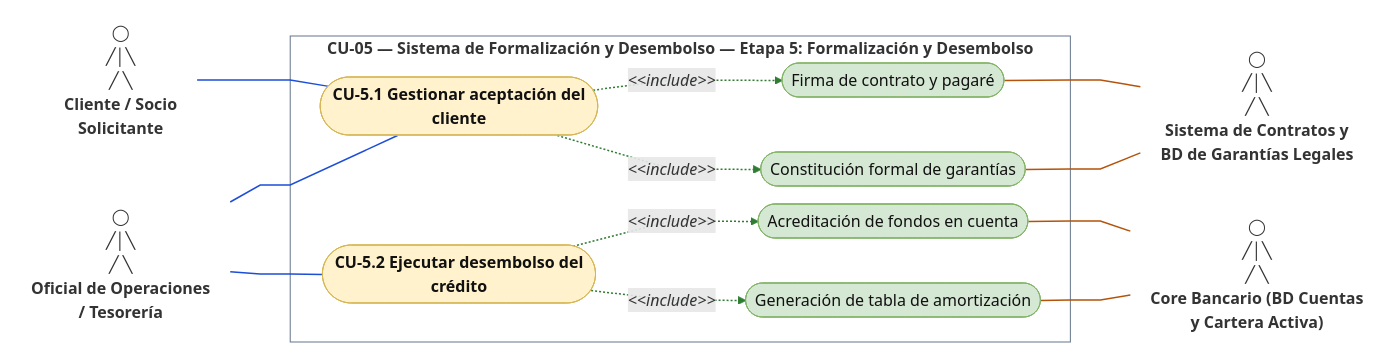
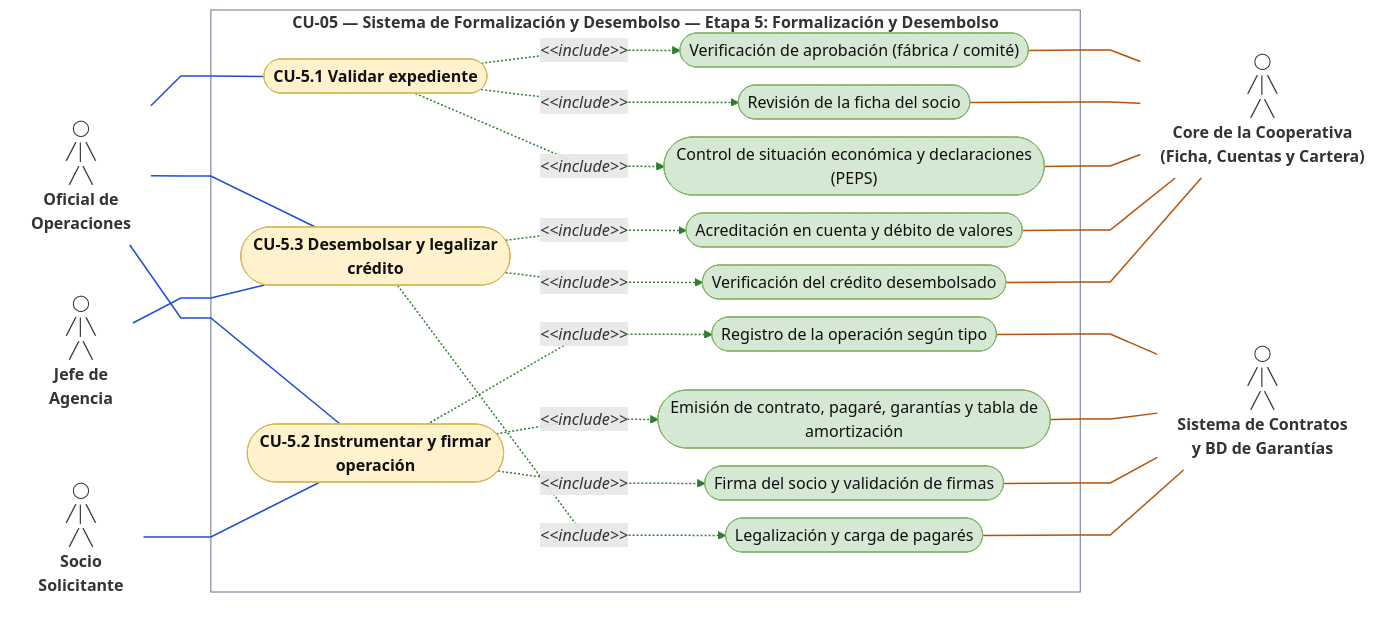
One commit to Antera-Labs/guidelines changed the sixth of 22 diagrams in docs/DAS.md. Above: the diagram before and after it, drawn with Mermaid. The commit also changed other lines of this file and 4 other files, not shown here.

````diff
--- a/docs/DAS.md
+++ b/docs/DAS.md
@@ -935,46 +926,65 @@
 ```mermaid
 ---
 config:
   layout: dagre
   look: classic
   flowchart:
     curve: linear
     nodeSpacing: 18
     rankSpacing: 60
     padding: 10
     wrappingWidth: 500
 ---
 flowchart LR
   classDef base fill:#fff2cc,stroke:#d6b656,color:#111
   classDef inc fill:#d5e8d4,stroke:#82b366,color:#111
   classDef ext fill:#fce4ec,stroke:#c2185b,color:#111
   classDef actor fill:none,stroke:none
   classDef aux fill:none,stroke:none
-  A1["◯<br/>╱│╲<br/>╱ ╲<br/><b>Cliente / Socio<br/>Solicitante</b>"]:::actor
-  A2["◯<br/>╱│╲<br/>╱ ╲<br/><b>Oficial de Operaciones<br/>/ Tesorería</b>"]:::actor
+  A1["◯<br/>╱│╲<br/>╱ ╲<br/><b>Oficial de<br/>Operaciones</b>"]:::actor
+  A2["◯<br/>╱│╲<br/>╱ ╲<br/><b>Socio<br/>Solicitante</b>"]:::actor
+  A3["◯<br/>╱│╲<br/>╱ ╲<br/><b>Jefe de<br/>Agencia</b>"]:::actor
   subgraph SYS["<b>CU-05 — Sistema de Formalización y Desembolso — Etapa 5: Formalización y Desembolso</b>"]
-    U1(["<b>CU-5.1 Gestionar aceptación del<br/>cliente</b>"]):::base
-    U2(["<b>CU-5.2 Ejecutar desembolso del<br/>crédito</b>"]):::base
-    U1S1(["Firma de contrato y pagaré"]):::inc
-    U1S2(["Constitución formal de garantías"]):::inc
-    U2S1(["Acreditación de fondos en cuenta"]):::inc
-    U2S2(["Generación de tabla de amortización"]):::inc
+    U1(["<b>CU-5.1 Validar expediente</b>"]):::base
+    U2(["<b>CU-5.2 Instrumentar y firmar<br/>operación</b>"]):::base
+    U3(["<b>CU-5.3 Desembolsar y legalizar<br/>crédito</b>"]):::base
+    U1S1(["Verificación de aprobación (fábrica / comité)"]):::inc
+    U1S2(["Revisión de la ficha del socio"]):::inc
+    U1S3(["Control de situación económica y declaraciones<br/>(PEPS)"]):::inc
+    U2S1(["Registro de la operación según tipo"]):::inc
+    U2S2(["Emisión de contrato, pagaré, garantías y tabla de<br/>amortización"]):::inc
+    U2S3(["Firma del socio y validación de firmas"]):::inc
+    U3S1(["Acreditación en cuenta y débito de valores"]):::inc
+    U3S2(["Verificación del crédito desembolsado"]):::inc
+    U3S3(["Legalización y carga de pagarés"]):::inc
   end
-  M1["◯<br/>╱│╲<br/>╱ ╲<br/><b>Sistema de Contratos y<br/>BD de Garantías Legales</b>"]:::actor
-  M2["◯<br/>╱│╲<br/>╱ ╲<br/><b>Core Bancario (BD Cuentas<br/>y Cartera Activa)</b>"]:::actor
+  M1["◯<br/>╱│╲<br/>╱ ╲<br/><b>Core de la Cooperativa<br/>(Ficha, Cuentas y Cartera)</b>"]:::actor
+  M2["◯<br/>╱│╲<br/>╱ ╲<br/><b>Sistema de Contratos<br/>y BD de Garantías</b>"]:::actor
   A1 --- U1
-  A2 --- U1
+  A1 --- U2
   A2 --- U2
+  A1 --- U3
+  A3 --- U3
   U1 -.->|"<i>&lt;&lt;include&gt;&gt;</i>"| U1S1
   U1 -.->|"<i>&lt;&lt;include&gt;&gt;</i>"| U1S2
+  U1 -.->|"<i>&lt;&lt;include&gt;&gt;</i>"| U1S3
   U2 -.->|"<i>&lt;&lt;include&gt;&gt;</i>"| U2S1
   U2 -.->|"<i>&lt;&lt;include&gt;&gt;</i>"| U2S2
+  U2 -.->|"<i>&lt;&lt;include&gt;&gt;</i>"| U2S3
+  U3 -.->|"<i>&lt;&lt;include&gt;&gt;</i>"| U3S1
+  U3 -.->|"<i>&lt;&lt;include&gt;&gt;</i>"| U3S2
+  U3 -.->|"<i>&lt;&lt;include&gt;&gt;</i>"| U3S3
   U1S1 --- M1
   U1S2 --- M1
+  U1S3 --- M1
   U2S1 --- M2
   U2S2 --- M2
-  linkStyle 0,1,2 stroke:#1d4ed8,stroke-width:1.5px
-  linkStyle 3,4,5,6 stroke:#2e7d32,stroke-width:1.5px
-  linkStyle 7,8,9,10 stroke:#b45309,stroke-width:1.5px
+  U2S3 --- M2
+  U3S1 --- M1
+  U3S2 --- M1
+  U3S3 --- M2
+  linkStyle 0,1,2,3,4 stroke:#1d4ed8,stroke-width:1.5px
+  linkStyle 5,6,7,8,9,10,11,12,13 stroke:#2e7d32,stroke-width:1.5px
+  linkStyle 14,15,16,17,18,19,20,21,22 stroke:#b45309,stroke-width:1.5px
   style SYS fill:transparent,stroke:#64748b
 ```
````
